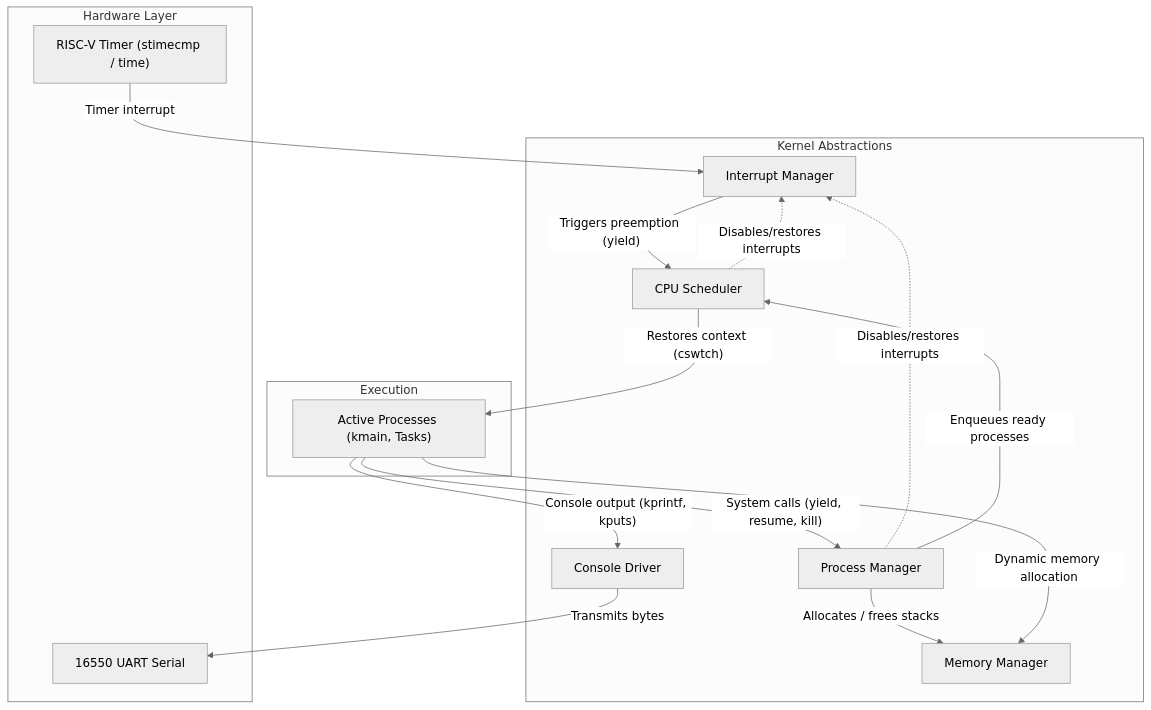
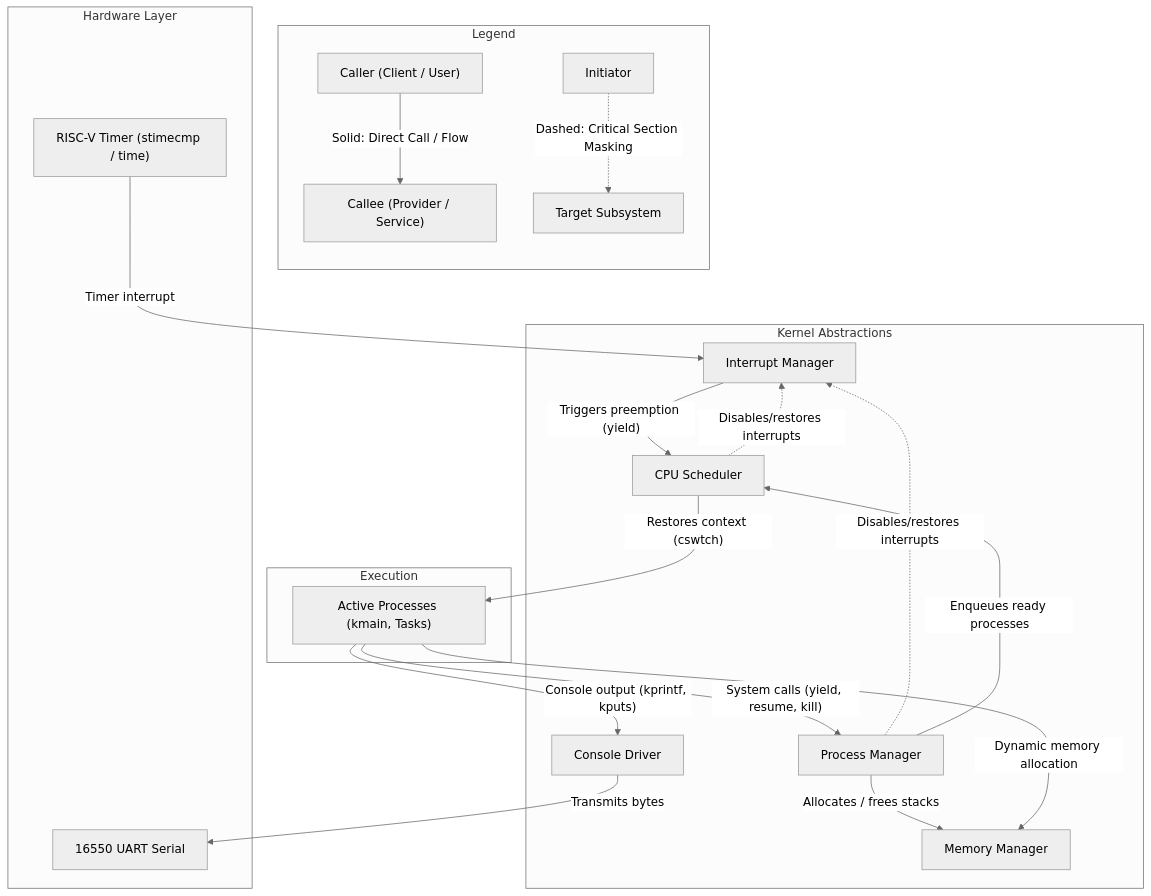
One commit to AtesIsf/Rio changed the diagram in README.md. Above: the diagram before and after it, drawn with Mermaid (neutral theme).

Commit message:
added flowchart legend

````diff
--- a/README.md
+++ b/README.md
@@ -100,38 +100,44 @@
 ```mermaid
 flowchart TD
+    subgraph Legend ["Legend"]
+        direction TB
+        L_SRC["Caller (Client / User)"] -->|"Solid: Direct Call / Flow"| L_DST["Callee (Provider / Service)"]
+        L_CTL["Initiator"] -.->|"Dashed: Critical Section Masking"| L_TGT["Target Subsystem"]
+    end
+
     subgraph Hardware ["Hardware Layer"]
         HW_TIMER["RISC-V Timer (stimecmp / time)"]
         HW_UART["16550 UART Serial"]
     end
 
     subgraph Core ["Kernel Abstractions"]
         INT["Interrupt Manager"]
         SCHED["CPU Scheduler"]
         PROC["Process Manager"]
         MEM["Memory Manager"]
         CONSOLE["Console Driver"]
     end
 
     subgraph Exec ["Execution"]
         TASKS["Active Processes (kmain, Tasks)"]
     end
 
     %% Preemption / Clock Flow
     HW_TIMER -->|"Timer interrupt"| INT
     INT -->|"Triggers preemption (yield)"| SCHED
 
     %% Concurrency & Critical Sections
     SCHED -.->|"Disables/restores interrupts"| INT
     PROC -.->|"Disables/restores interrupts"| INT
 
     %% Process & Memory Interactions
     PROC -->|"Allocates / frees stacks"| MEM
     PROC -->|"Enqueues ready processes"| SCHED
 
     %% Scheduling & Process Execution
     SCHED -->|"Restores context (cswtch)"| TASKS
     TASKS -->|"System calls (yield, resume, kill)"| PROC
     TASKS -->|"Dynamic memory allocation"| MEM
     TASKS -->|"Console output (kprintf, kputs)"| CONSOLE
     CONSOLE -->|"Transmits bytes"| HW_UART
 ```
````
